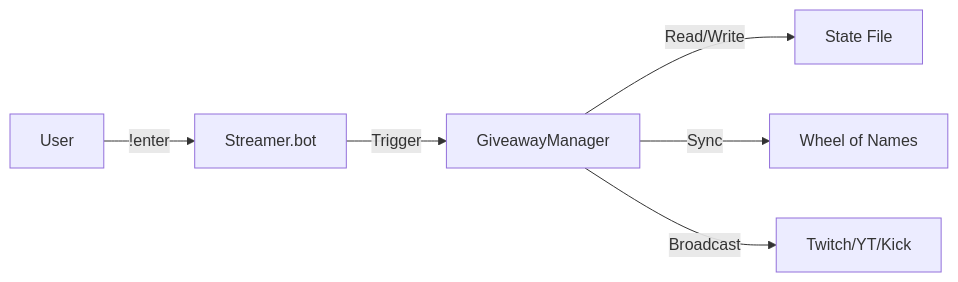
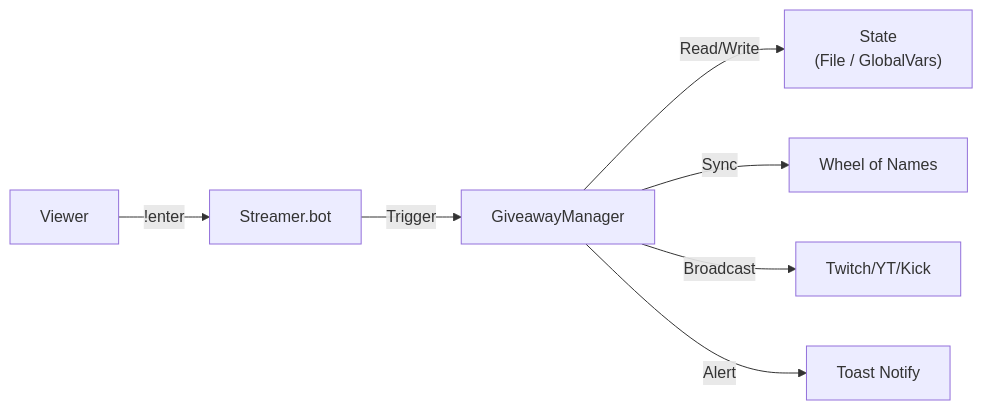
Before and after one commit to Sythsaz/Giveaway-Bot: the diagram in README.md, drawn with Mermaid. The commit also changed 1 other file, not shown here.

Commit message:
docs: Update Mermaid architecture diagrams for v1.3.2 accuracy

````diff
--- a/README.md
+++ b/README.md
@@ -65,8 +65,9 @@
 ```mermaid
 graph LR
-    User[User] -- "!enter" --> SB[Streamer.bot]
+    User[Viewer] -- "!enter" --> SB[Streamer.bot]
     SB -- Trigger --> Manager[GiveawayManager]
-    Manager -- Read/Write --> State[State File]
+    Manager -- Read/Write --> State["State<br/>(File / GlobalVars)"]
     Manager -- Sync --> Wheel[Wheel of Names]
     Manager -- Broadcast --> Chat[Twitch/YT/Kick]
+    Manager -- Alert --> Toast[Toast Notify]
 ```
````
